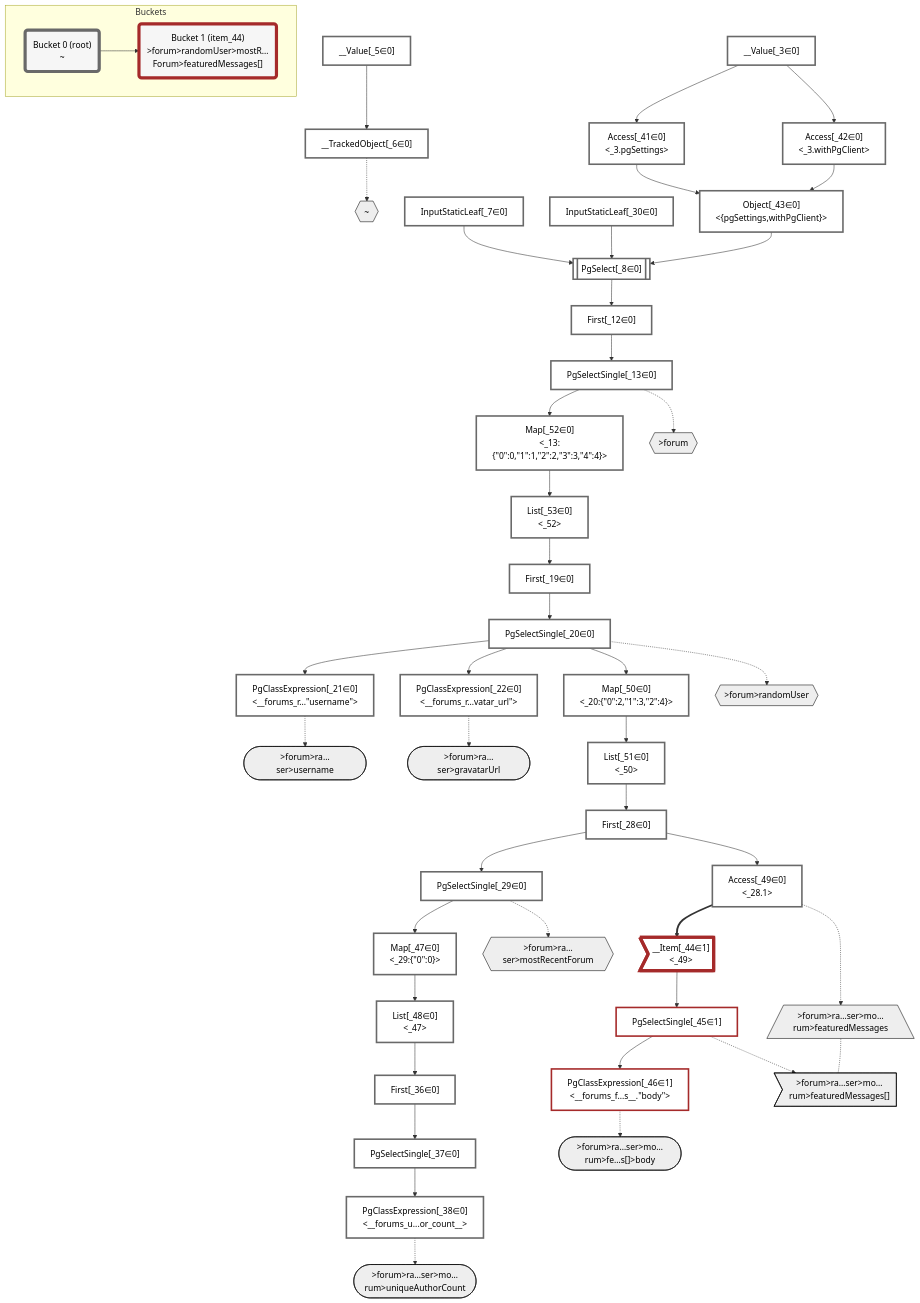
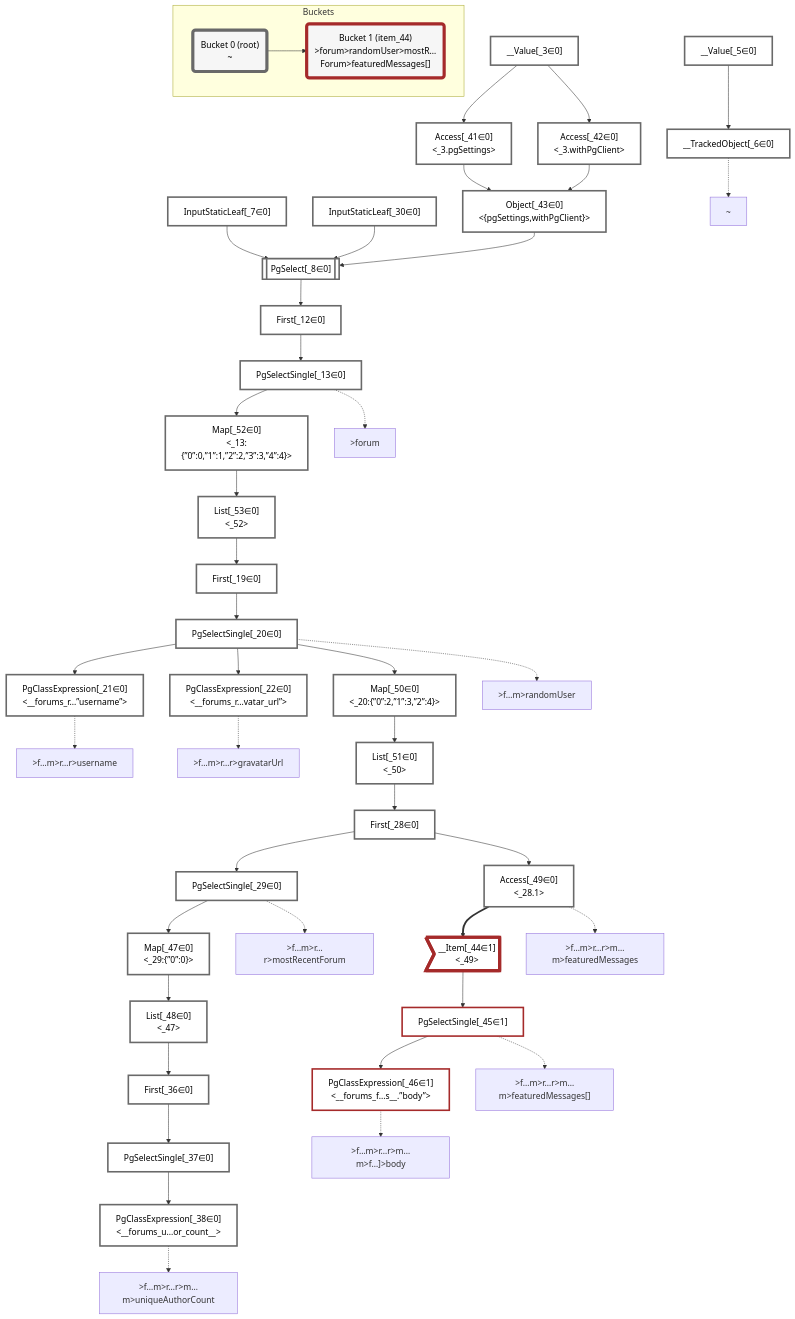
One commit to graphile/crystal changed the diagram in packages/dataplan-pg/__tests__/queries/functions/computed-column-combined.mermaid.md. Above: the diagram before and after it, drawn with Mermaid. The commit also changed 195 other files, not shown here.

```diff
--- a/packages/dataplan-pg/__tests__/queries/functions/computed-column-combined.mermaid.md
+++ b/packages/dataplan-pg/__tests__/queries/functions/computed-column-combined.mermaid.md
@@ -6,27 +6,6 @@
     classDef sideeffectplan fill:#f00,stroke-width:6px,color:#000
     classDef bucket fill:#f6f6f6,color:#000,stroke-width:6px
 
-    %% subgraph fields
-    P1{{"~"}}:::path
-    P2{{">forum"}}:::path
-    P3{{">forum>randomUser"}}:::path
-    P4([">forum>ra…ser>username"]):::path
-    %% P3 -.-> P4
-    P5([">forum>ra…ser>gravatarUrl"]):::path
-    %% P3 -.-> P5
-    P6{{">forum>ra…ser>mostRecentForum"}}:::path
-    P7([">forum>ra…ser>mo…rum>uniqueAuthorCount"]):::path
-    %% P6 -.-> P7
-    P8[/">forum>ra…ser>mo…rum>featuredMessages"\]:::path
-    P9>">forum>ra…ser>mo…rum>featuredMessages[]"]:::path
-    P8 -.- P9
-    P10([">forum>ra…ser>mo…rum>fe…s[]>body"]):::path
-    %% P9 -.-> P10
-    %% P6 -.-> P8
-    %% P3 -.-> P6
-    %% P2 -.-> P3
-    %% P1 -.-> P2
-    %% end
 
     %% define plans
     __Value_3["__Value[_3∈0]<br /><context>"]:::plan
@@ -38,8 +17,8 @@
     PgSelectSingle_13["PgSelectSingle[_13∈0]<br /><forums>"]:::plan
     First_19["First[_19∈0]"]:::plan
     PgSelectSingle_20["PgSelectSingle[_20∈0]<br /><users>"]:::plan
-    PgClassExpression_21["PgClassExpression[_21∈0]<br /><__forums_r...#quot;username#quot;>"]:::plan
-    PgClassExpression_22["PgClassExpression[_22∈0]<br /><__forums_r...vatar_url#quot;>"]:::plan
+    PgClassExpression_21["PgClassExpression[_21∈0]<br /><__forums_r...”username”>"]:::plan
+    PgClassExpression_22["PgClassExpression[_22∈0]<br /><__forums_r...vatar_url”>"]:::plan
     First_28["First[_28∈0]"]:::plan
     PgSelectSingle_29["PgSelectSingle[_29∈0]<br /><users_most_recent_forum>"]:::plan
     InputStaticLeaf_30["InputStaticLeaf[_30∈0]"]:::plan
@@ -51,13 +30,13 @@
     Object_43["Object[_43∈0]<br /><{pgSettings,withPgClient}>"]:::plan
     __Item_44>"__Item[_44∈1]<br /><_49>"]:::itemplan
     PgSelectSingle_45["PgSelectSingle[_45∈1]<br /><forums_featured_messages>"]:::plan
-    PgClassExpression_46["PgClassExpression[_46∈1]<br /><__forums_f...s__.#quot;body#quot;>"]:::plan
-    Map_47["Map[_47∈0]<br /><_29:{#quot;0#quot;:0}>"]:::plan
+    PgClassExpression_46["PgClassExpression[_46∈1]<br /><__forums_f...s__.”body”>"]:::plan
+    Map_47["Map[_47∈0]<br /><_29:{”0”:0}>"]:::plan
     List_48["List[_48∈0]<br /><_47>"]:::plan
     Access_49["Access[_49∈0]<br /><_28.1>"]:::plan
-    Map_50["Map[_50∈0]<br /><_20:{#quot;0#quot;:2,#quot;1#quot;:3,#quot;2#quot;:4}>"]:::plan
+    Map_50["Map[_50∈0]<br /><_20:{”0”:2,”1”:3,”2”:4}>"]:::plan
     List_51["List[_51∈0]<br /><_50>"]:::plan
-    Map_52["Map[_52∈0]<br /><_13:{#quot;0#quot;:0,#quot;1#quot;:1,#quot;2#quot;:2,#quot;3#quot;:3,#quot;4#quot;:4}>"]:::plan
+    Map_52["Map[_52∈0]<br /><_13:{”0”:0,”1”:1,”2”:2,”3”:3,”4”:4}>"]:::plan
     List_53["List[_53∈0]<br /><_52>"]:::plan
 
     %% plan dependencies
@@ -92,15 +71,25 @@
     Map_52 --> List_53
 
     %% plan-to-path relationships
+    P1["~"]
     __TrackedObject_6 -.-> P1
+    P2[">forum"]
     PgSelectSingle_13 -.-> P2
+    P3[">f…m>randomUser"]
     PgSelectSingle_20 -.-> P3
+    P4[">f…m>r…r>username"]
     PgClassExpression_21 -.-> P4
+    P5[">f…m>r…r>gravatarUrl"]
     PgClassExpression_22 -.-> P5
+    P6[">f…m>r…r>mostRecentForum"]
     PgSelectSingle_29 -.-> P6
+    P7[">f…m>r…r>m…m>uniqueAuthorCount"]
     PgClassExpression_38 -.-> P7
+    P8[">f…m>r…r>m…m>featuredMessages"]
     Access_49 -.-> P8
+    P9[">f…m>r…r>m…m>featuredMessages[]"]
     PgSelectSingle_45 -.-> P9
+    P10[">f…m>r…r>m…m>f…]>body"]
     PgClassExpression_46 -.-> P10
 
     %% allocate buckets
```
